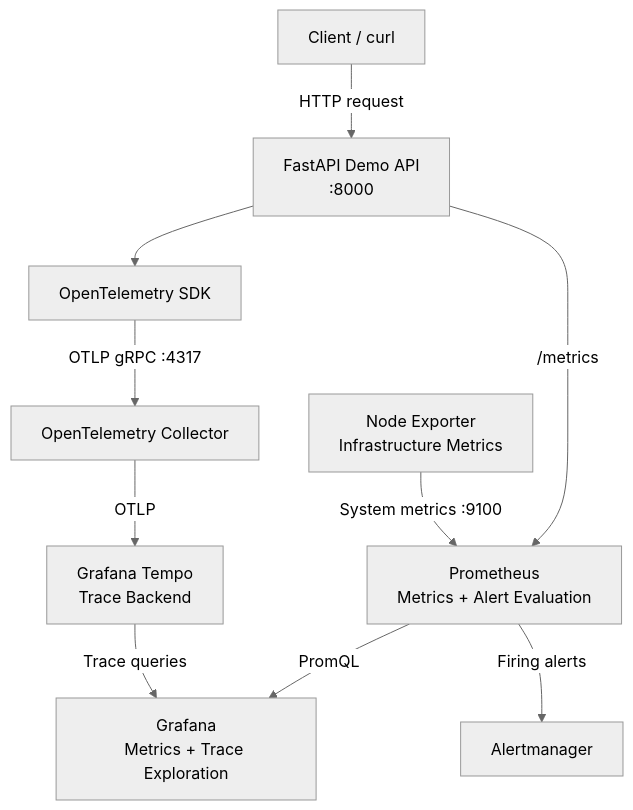
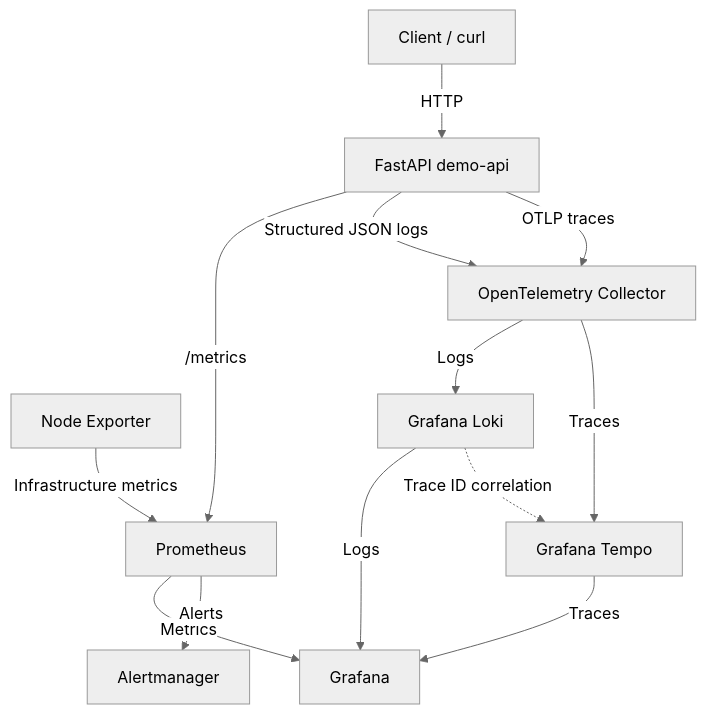
One commit to AZ1600/platform-engineering-observability changed the diagram in README.md. Above: the diagram before and after it, drawn with Mermaid (neutral theme). The commit also changed other lines of this file and 8 other files, not shown here.

````diff
--- a/README.md
+++ b/README.md
@@ -74,35 +80,33 @@
 ```mermaid
 flowchart TB
+    Client["Client / curl"]
+    API["FastAPI demo-api"]
 
-    USER["Client / curl"]
+    OTel["OpenTelemetry Collector"]
 
-    API["FastAPI Demo API<br/>:8000"]
+    Prometheus["Prometheus"]
+    Node["Node Exporter"]
+    Loki["Grafana Loki"]
+    Tempo["Grafana Tempo"]
+    Grafana["Grafana"]
+    Alertmanager["Alertmanager"]
 
-    OTEL["OpenTelemetry SDK"]
+    Client -->|HTTP| API
 
-    COLLECTOR["OpenTelemetry Collector"]
+    API -->|/metrics| Prometheus
+    Node -->|Infrastructure metrics| Prometheus
 
-    TEMPO["Grafana Tempo<br/>Trace Backend"]
+    API -->|Structured JSON logs| OTel
+    API -->|OTLP traces| OTel
 
-    PROM["Prometheus<br/>Metrics + Alert Evaluation"]
+    OTel -->|Logs| Loki
+    OTel -->|Traces| Tempo
 
-    NODE["Node Exporter<br/>Infrastructure Metrics"]
+    Prometheus -->|Metrics| Grafana
+    Loki -->|Logs| Grafana
+    Tempo -->|Traces| Grafana
 
-    ALERT["Alertmanager"]
+    Prometheus -->|Alerts| Alertmanager
 
-    GRAFANA["Grafana<br/>Metrics + Trace Exploration"]
-
-    USER -->|"HTTP request"| API
-
-    API --> OTEL
-    OTEL -->|"OTLP gRPC :4317"| COLLECTOR
-    COLLECTOR -->|"OTLP"| TEMPO
-
-    API -->|"/metrics"| PROM
-    NODE -->|"System metrics :9100"| PROM
-
-    PROM -->|"PromQL"| GRAFANA
-    TEMPO -->|"Trace queries"| GRAFANA
-
-    PROM -->|"Firing alerts"| ALERT
+    Loki -. Trace ID correlation .-> Tempo
 ```
````
